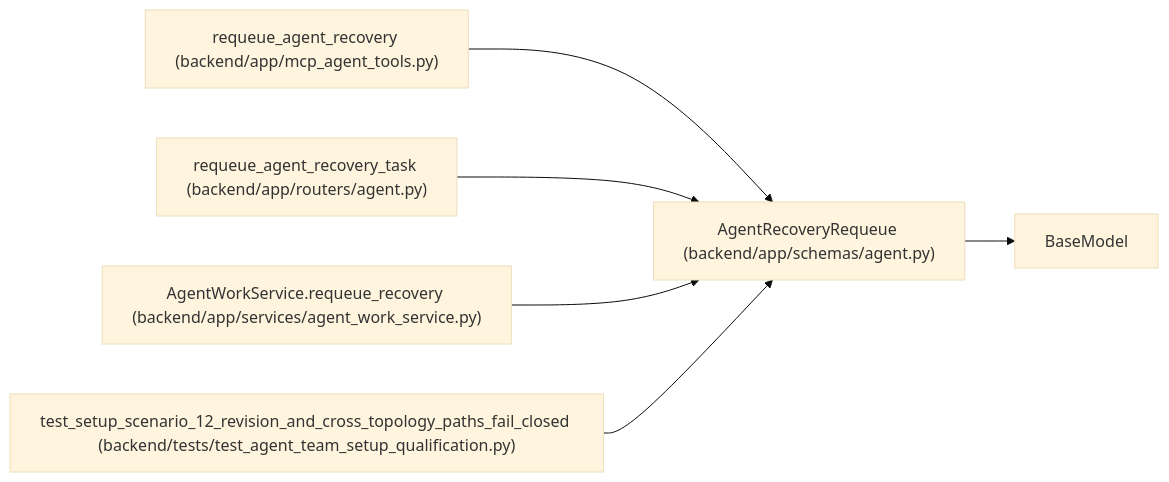
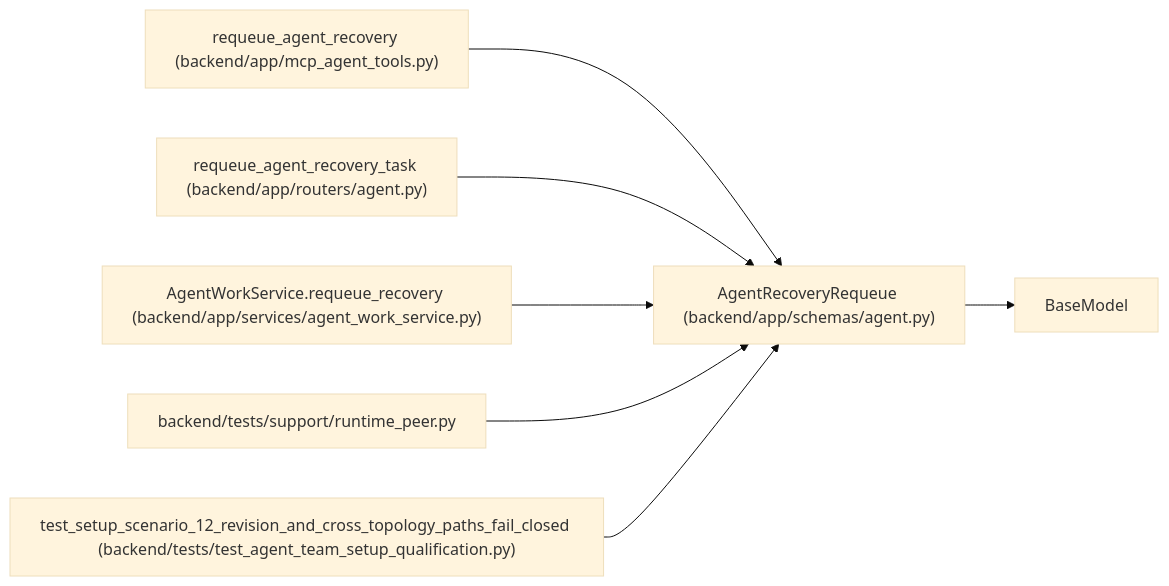
The diagram in docs/llm_wiki/entities/AgentRecoveryRequeue.md (Denissvgn/WorkChord), drawn with Mermaid (base theme) before and after one commit. The commit also changed other lines of this file and 6624 other files, not shown here.

````diff
--- a/docs/llm_wiki/entities/AgentRecoveryRequeue.md
+++ b/docs/llm_wiki/entities/AgentRecoveryRequeue.md
@@ -37,19 +37,22 @@
 ```mermaid
 flowchart LR
     n0["AgentRecoveryRequeue (backend/app/schemas/agent.py)"]
     n1["BaseModel"]
     n2["requeue_agent_recovery (backend/app/mcp_agent_tools.py)"]
     n3["requeue_agent_recovery_task (backend/app/routers/agent.py)"]
     n4["AgentWorkService.requeue_recovery (backend/app/services/agent_work_service.py)"]
-    n5["test_setup_scenario_12_revision_and_cross_topology_paths_fail_closed (backend/tests/test_agent_team_setup_qualification.py)"]
+    n5["backend/tests/support/runtime_peer.py"]
+    n6["test_setup_scenario_12_revision_and_cross_topology_paths_fail_closed (backend/tests/test_agent_team_setup_qualification.py)"]
     n0 --> n1
     n2 --> n0
     n3 --> n0
     n4 --> n0
     n5 --> n0
+    n6 --> n0
     click n0 "../modules/schemas_agent.md"
     click n2 "../modules/mcp_agent_tools.md"
     click n3 "../modules/routers_agent.md"
     click n4 "../modules/agent_work_service.md"
-    click n5 "../modules/test_agent_team_setup_qualification.md"
+    click n5 "../modules/runtime_peer.md"
+    click n6 "../modules/test_agent_team_setup_qualification.md"
 ```
````
